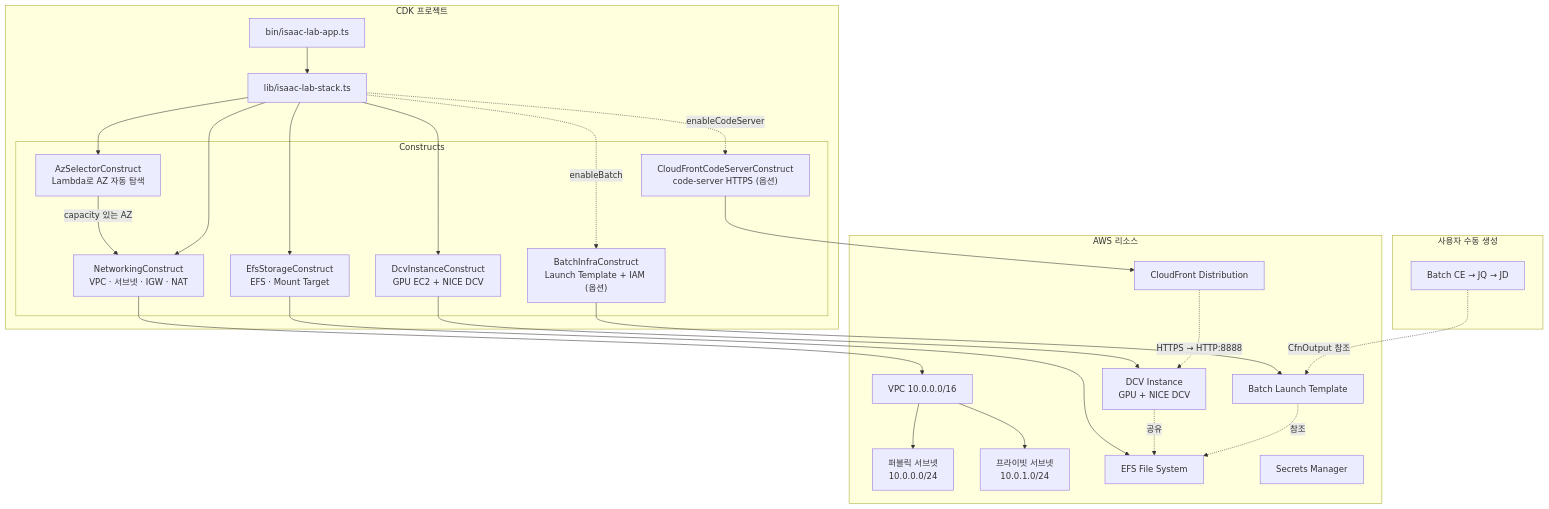
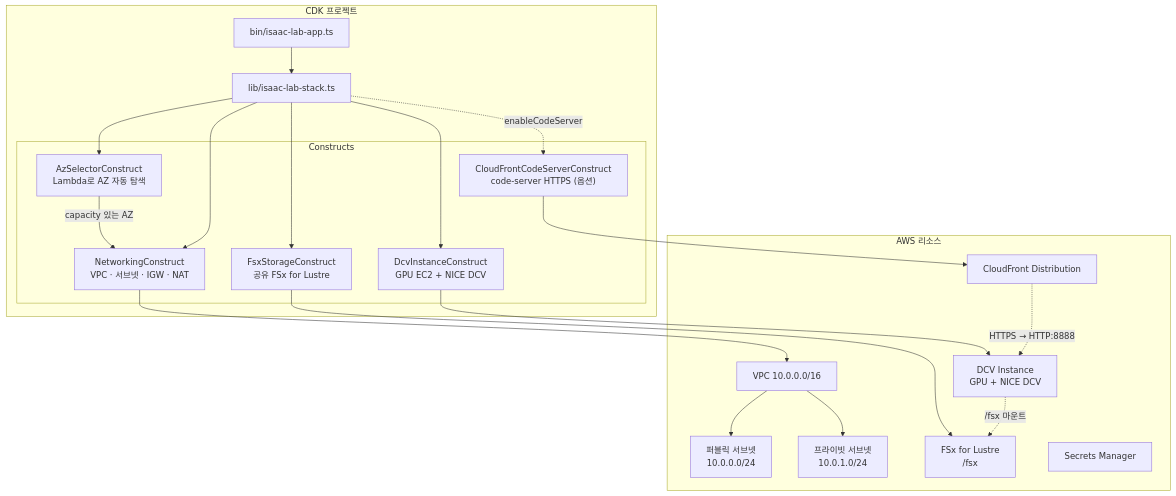
Before and after one commit to hi-space/aws-physical-ai-recipes: the diagram in e2e-workshop/infra/isaaclab/README.md, drawn with Mermaid. The commit also changed other lines of this file and 29 other files, not shown here.

First line of the commit message:
refactor(e2e-workshop): drop AWS Batch and EFS, keep FSx as shared storage

````diff
--- a/e2e-workshop/infra/isaaclab/README.md
+++ b/e2e-workshop/infra/isaaclab/README.md
@@ -25,46 +24,37 @@
 ```mermaid
 graph TB
     subgraph "CDK 프로젝트"
         APP["bin/isaac-lab-app.ts"]
         STACK["lib/isaac-lab-stack.ts"]
 
         subgraph "Constructs"
             AZ["AzSelectorConstruct<br/>Lambda로 AZ 자동 탐색"]
             NET["NetworkingConstruct<br/>VPC · 서브넷 · IGW · NAT"]
-            EFS_C["EfsStorageConstruct<br/>EFS · Mount Target"]
+            FSX_C["FsxStorageConstruct<br/>공유 FSx for Lustre"]
             DCV["DcvInstanceConstruct<br/>GPU EC2 + NICE DCV"]
             CF["CloudFrontCodeServerConstruct<br/>code-server HTTPS (옵션)"]
-            BATCH["BatchInfraConstruct<br/>Launch Template + IAM (옵션)"]
         end
     end
 
     subgraph "AWS 리소스"
         VPC["VPC 10.0.0.0/16"]
         PUB["퍼블릭 서브넷<br/>10.0.0.0/24"]
         PRI["프라이빗 서브넷<br/>10.0.1.0/24"]
         DCV_I["DCV Instance<br/>GPU + NICE DCV"]
         CF_D["CloudFront Distribution"]
-        EFS_R["EFS File System"]
-        BLT["Batch Launch Template"]
+        FSX_R["FSx for Lustre<br/>/fsx"]
         SM["Secrets Manager"]
-    end
-
-    subgraph "사용자 수동 생성"
-        BCE["Batch CE → JQ → JD"]
     end
 
     APP --> STACK
     STACK --> AZ
     AZ -->|capacity 있는 AZ| NET
     STACK --> NET --> VPC
-    STACK --> EFS_C --> EFS_R
+    STACK --> FSX_C --> FSX_R
     STACK --> DCV --> DCV_I
     STACK -.->|enableCodeServer| CF --> CF_D
     CF_D -.->|HTTPS → HTTP:8888| DCV_I
-    STACK -.->|enableBatch| BATCH --> BLT
     VPC --> PUB
     VPC --> PRI
-    DCV_I -.->|공유| EFS_R
-    BLT -.->|참조| EFS_R
-    BCE -.->|CfnOutput 참조| BLT
+    DCV_I -.->|/fsx 마운트| FSX_R
 ```
````
